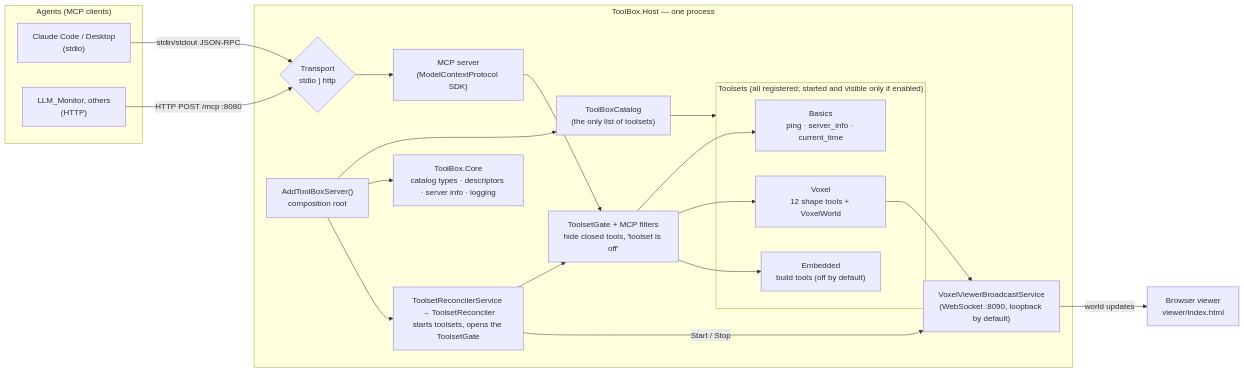
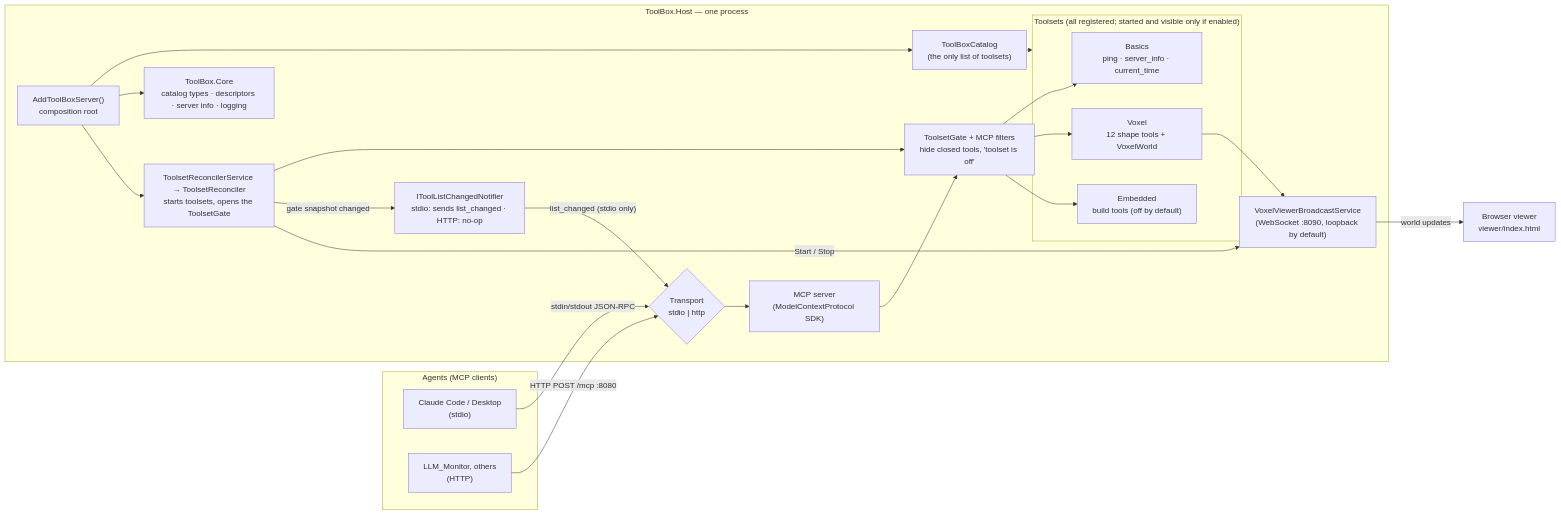
Before and after one commit to Timothy-Lee-Grant/Tool_Box: the first of 9 diagrams in docs/ARCHITECTURE.md, drawn with Mermaid. The commit also changed other lines of this file and 3 other files, not shown here.

````diff
--- a/docs/ARCHITECTURE.md
+++ b/docs/ARCHITECTURE.md
@@ -11,35 +11,37 @@
 ```mermaid
 flowchart LR
   subgraph Agents["Agents (MCP clients)"]
     CC["Claude Code / Desktop<br/>(stdio)"]
     LM["LLM_Monitor, others<br/>(HTTP)"]
   end
 
   subgraph Process["ToolBox.Host — one process"]
     T{"Transport<br/>stdio | http"}
     MCP["MCP server<br/>(ModelContextProtocol SDK)"]
     COMP["AddToolBoxServer()<br/>composition root"]
     CAT["ToolBoxCatalog<br/>(the only list of toolsets)"]
     CORE["ToolBox.Core<br/>catalog types · descriptors · server info · logging"]
     REC["ToolsetReconcilerService → ToolsetReconciler<br/>starts toolsets, opens the ToolsetGate"]
     GATE["ToolsetGate + MCP filters<br/>hide closed tools, 'toolset is off'"]
+    NOTIF["IToolListChangedNotifier<br/>stdio: sends list_changed · HTTP: no-op"]
     subgraph Enabled["Toolsets (all registered; started and visible only if enabled)"]
       B["Basics<br/>ping · server_info · current_time"]
       V["Voxel<br/>12 shape tools + VoxelWorld"]
       E["Embedded<br/>build tools (off by default)"]
     end
     VW["VoxelViewerBroadcastService<br/>(WebSocket :8090, loopback by default)"]
   end
 
   Browser["Browser viewer<br/>viewer/index.html"]
 
   CC -- "stdin/stdout JSON-RPC" --> T
   LM -- "HTTP POST /mcp :8080" --> T
   T --> MCP
   COMP --> CAT --> Enabled
   COMP --> CORE
   COMP --> REC --> GATE
+  REC -- "gate snapshot changed" --> NOTIF -- "list_changed (stdio only)" --> T
   MCP --> GATE --> B & V & E
   REC -- "Start / Stop" --> VW
   V --> VW -- "world updates" --> Browser
 ```
````
